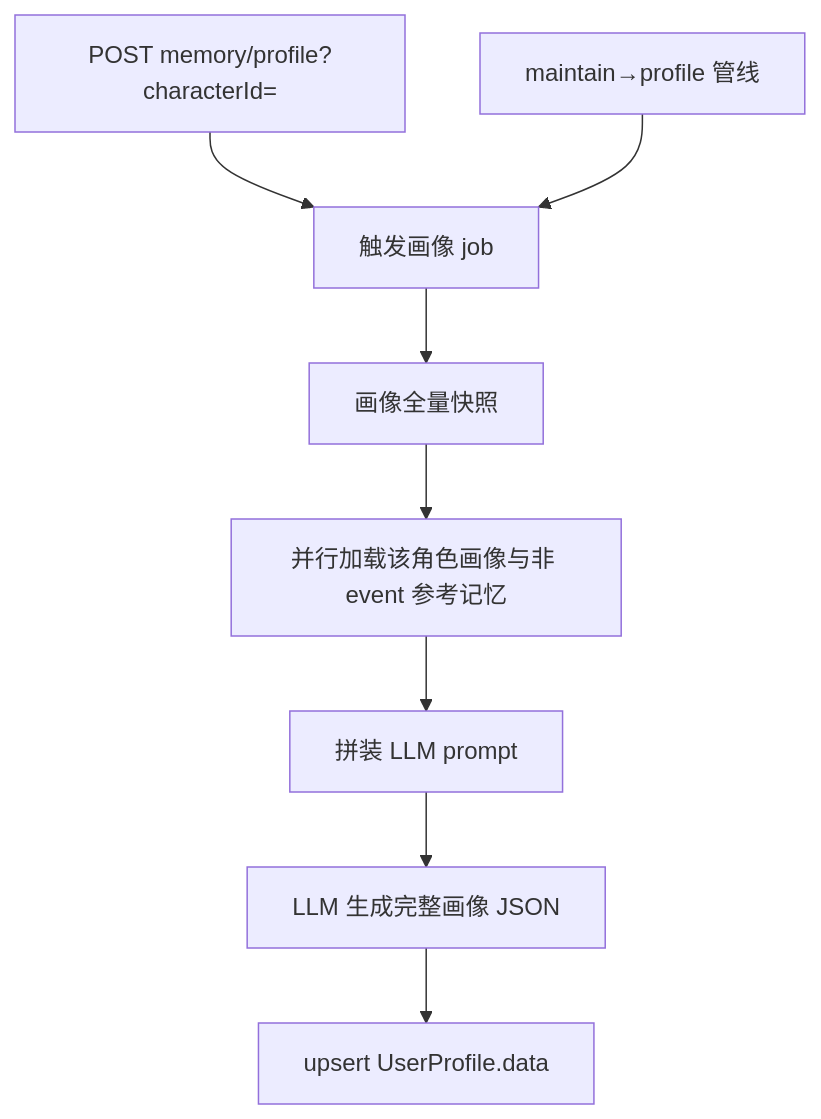
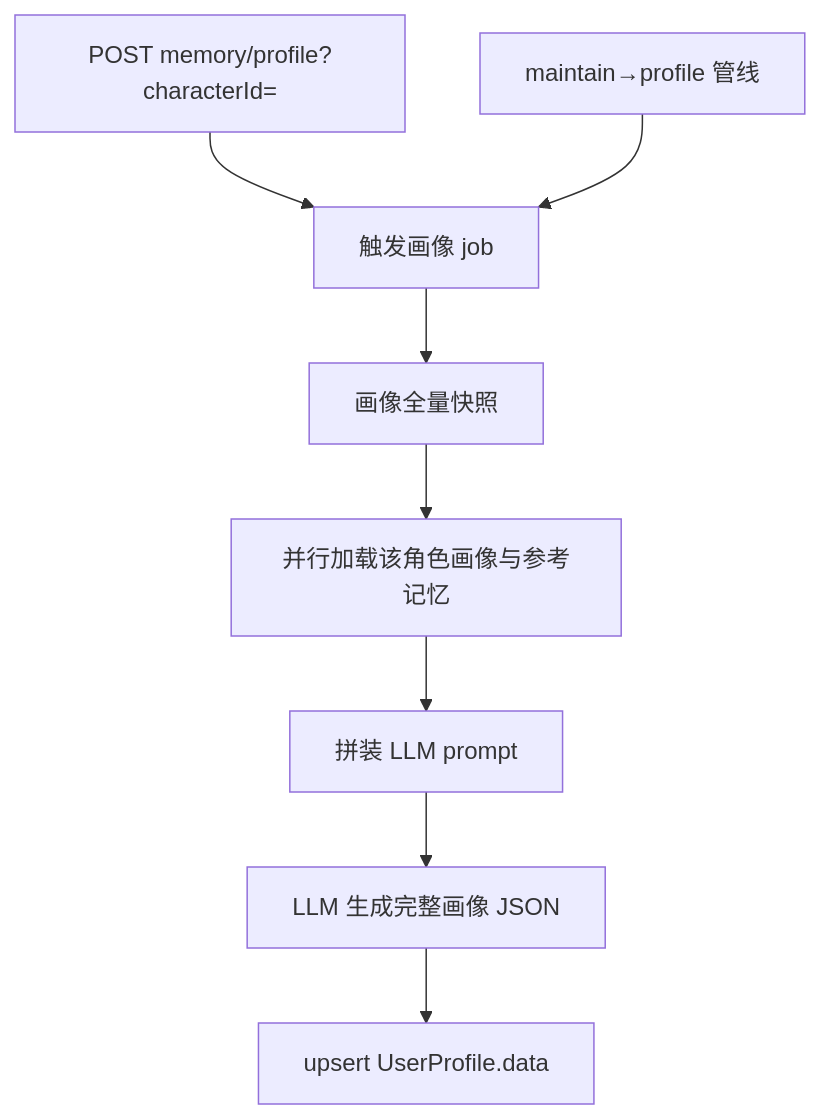
Before and after one commit to lilialab/lilia: the diagram in docs/memory/profile.md, drawn with Mermaid. The commit also changed other lines of this file and 22 other files, not shown here.

````diff
--- a/docs/memory/profile.md
+++ b/docs/memory/profile.md
@@ -5,10 +5,10 @@
 ```mermaid
 flowchart TD
   API["POST memory/profile?characterId="] --> Entry[触发画像 job]
   Pipeline["maintain→profile 管线"] --> Entry
   Entry --> Core[画像全量快照]
-  Core --> LoadProfile[并行加载该角色画像与非 event 参考记忆]
+  Core --> LoadProfile[并行加载该角色画像与参考记忆]
   LoadProfile --> Prompt[拼装 LLM prompt]
   Prompt --> LlmGen["LLM 生成完整画像 JSON"]
   LlmGen --> Upsert["upsert UserProfile.data"]
 ```
````
